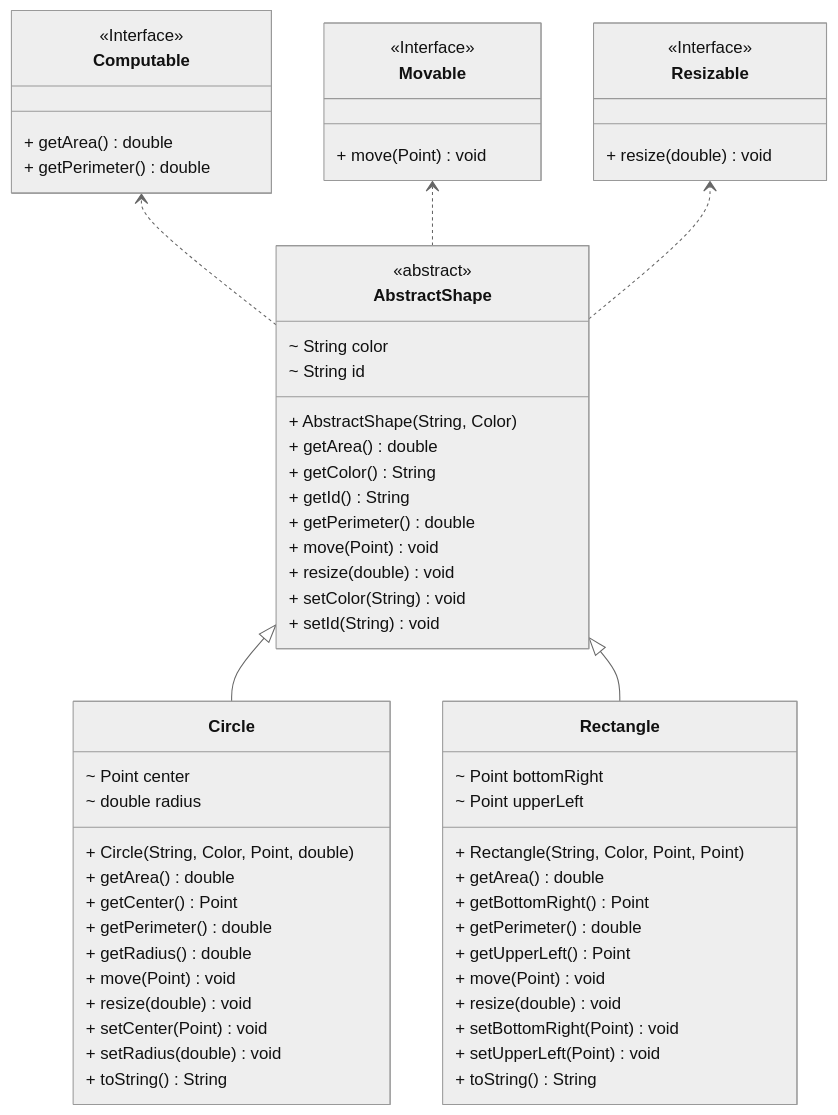
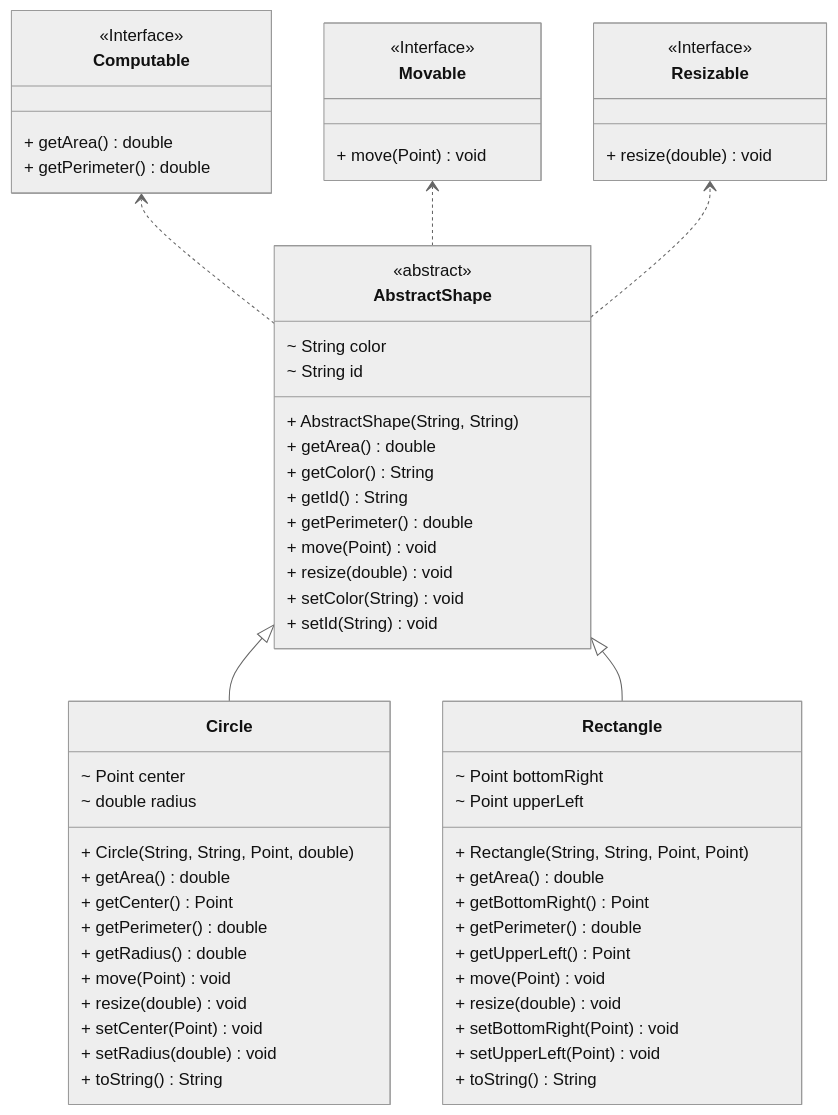
One commit to nbicocchi/learn-java-core changed diagram 11 of 13 in src/main/java/com/nbicocchi/exercises/oop/README.md. Above: the diagram before and after it, drawn with Mermaid (neutral theme).

````diff
--- a/src/main/java/com/nbicocchi/exercises/oop/README.md
+++ b/src/main/java/com/nbicocchi/exercises/oop/README.md
@@ -422,65 +422,65 @@
 ```mermaid
 classDiagram
 direction BT
 class AbstractShape {
   <<abstract>>
   ~ String color
   ~ String id
-  + AbstractShape(String, Color) 
+  + AbstractShape(String, String) 
   + getArea() double
   + getColor() String
   + getId() String
   + getPerimeter() double
   + move(Point) void
   + resize(double) void
   + setColor(String) void
   + setId(String) void
 }
 class Circle {
   ~ Point center
   ~ double radius
-  + Circle(String, Color, Point, double) 
+  + Circle(String, String, Point, double) 
   + getArea() double
   + getCenter() Point
   + getPerimeter() double
   + getRadius() double
   + move(Point) void
   + resize(double) void
   + setCenter(Point) void
   + setRadius(double) void
   + toString() String
 }
 class Rectangle {
   ~ Point bottomRight
   ~ Point upperLeft
-  + Rectangle(String, Color, Point, Point) 
+  + Rectangle(String, String, Point, Point) 
   + getArea() double
   + getBottomRight() Point
   + getPerimeter() double
   + getUpperLeft() Point
   + move(Point) void
   + resize(double) void
   + setBottomRight(Point) void
   + setUpperLeft(Point) void
   + toString() String
 }
 class Computable {
   <<Interface>>
   + getArea() double
   + getPerimeter() double
 }
 class Movable {
   <<Interface>>
   + move(Point) void
 }
 class Resizable {
   <<Interface>>
   + resize(double) void
 }
 
 AbstractShape  ..>  Computable 
 AbstractShape  ..>  Movable 
 AbstractShape  ..>  Resizable 
 Circle  --|>  AbstractShape 
 Rectangle  --|>  AbstractShape 
 ```
````
